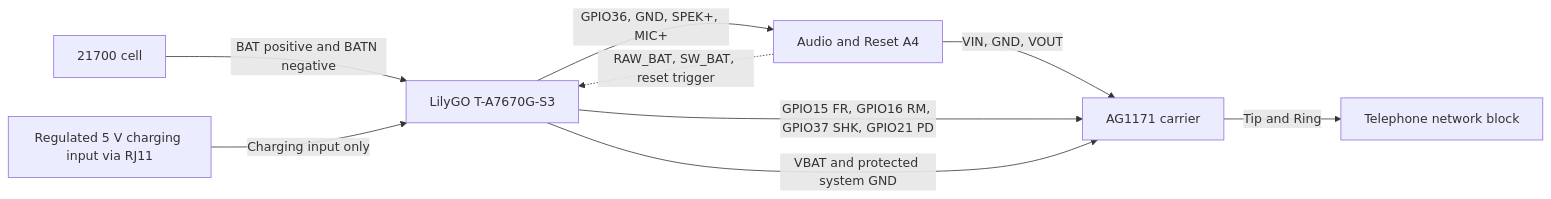
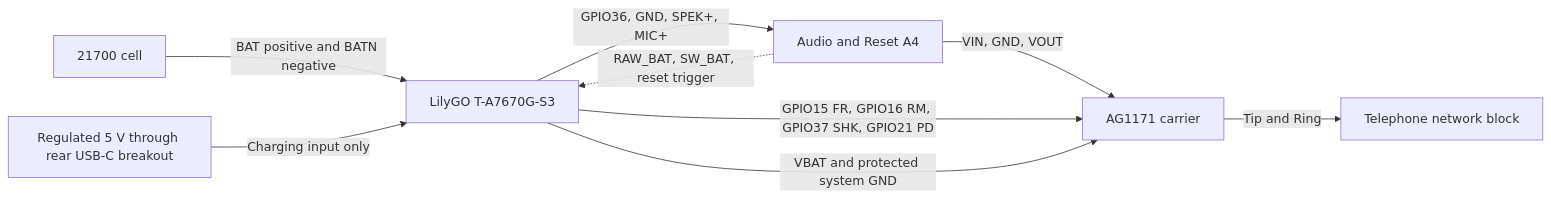
The diagram in docs/HARDWARE_WIRING.md (fregacmols/RotaryCell), drawn with Mermaid before and after one commit. The commit also changed other lines of this file and 27 other files, not shown here.

````diff
--- a/docs/HARDWARE_WIRING.md
+++ b/docs/HARDWARE_WIRING.md
@@ -19,11 +23,11 @@
 ```mermaid
 flowchart LR
     L[LilyGO T-A7670G-S3] -->|GPIO36, GND, SPEK+, MIC+| A[Audio and Reset A4]
     A -->|VIN, GND, VOUT| C[AG1171 carrier]
     L -->|GPIO15 FR, GPIO16 RM, GPIO37 SHK, GPIO21 PD| C
     C -->|Tip and Ring| N[Telephone network block]
     B[21700 cell] -->|BAT positive and BATN negative| L
     L -->|VBAT and protected system GND| C
-    CH[Regulated 5 V charging input via RJ11] -->|Charging input only| L
+    CH[Regulated 5 V through rear USB-C breakout] -->|Charging input only| L
     A -.->|RAW_BAT, SW_BAT, reset trigger| L
 ```
````
